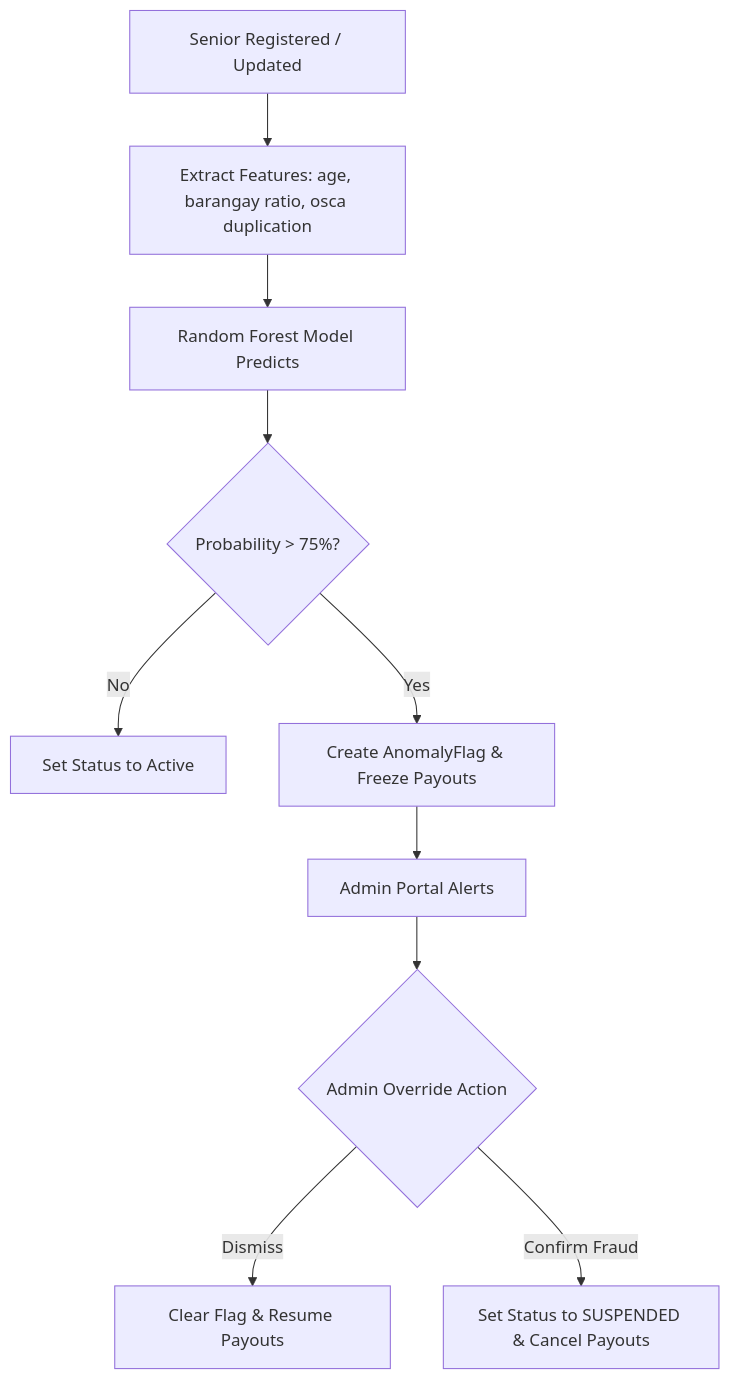
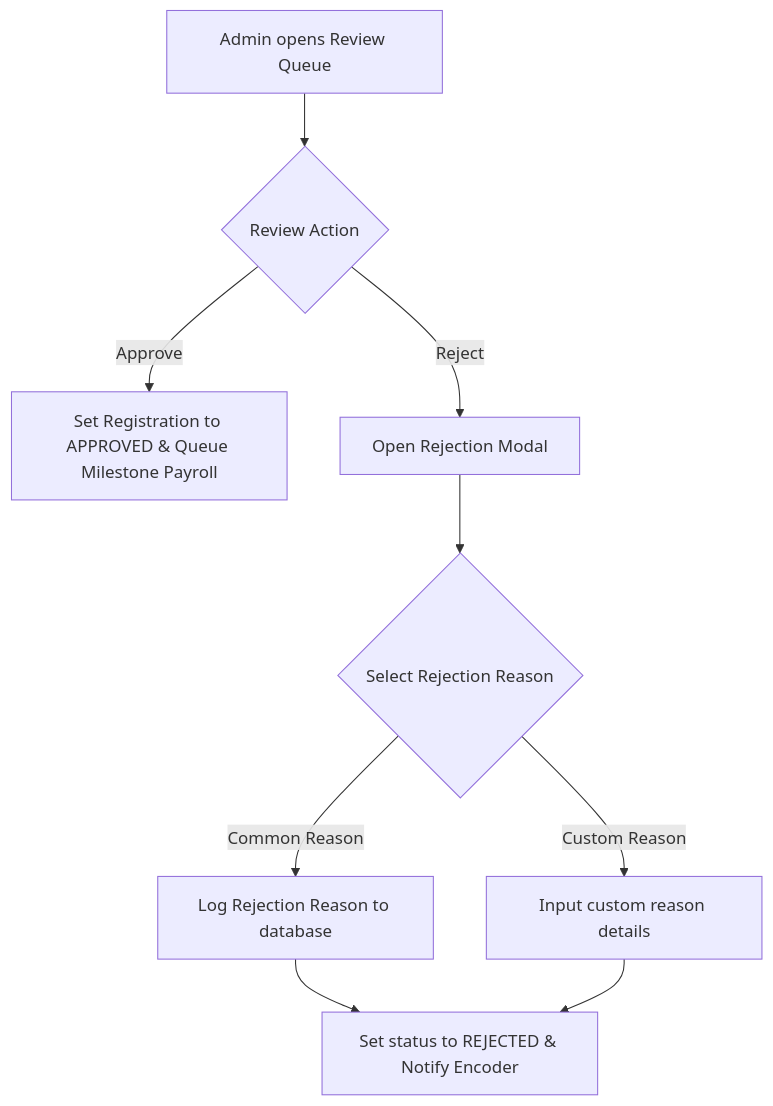
One commit to khiroez/CENTENARYO changed the sixth of 6 diagrams in CAPSTONE_CHAPTERS_1_3.md. Above: the diagram before and after it, drawn with Mermaid. The commit also changed other lines of this file, not shown here.

````diff
--- a/CAPSTONE_CHAPTERS_1_3.md
+++ b/CAPSTONE_CHAPTERS_1_3.md
@@ -208,12 +229,11 @@
 ```mermaid
 graph TD
-    Register[Senior Registered / Updated] --> Feature[Extract Features: age, barangay ratio, osca duplication]
-    Feature --> Predict[Random Forest Model Predicts]
-    Predict --> Suspicious{Probability > 75%?}
-    Suspicious -- No --> Active[Set Status to Active]
-    Suspicious -- Yes --> Flag[Create AnomalyFlag & Freeze Payouts]
-    Flag --> Admin[Admin Portal Alerts]
-    Admin --> Resolve{Admin Override Action}
-    Resolve -- Dismiss --> Unfreeze[Clear Flag & Resume Payouts]
-    Resolve -- Confirm Fraud --> Suspend[Set Status to SUSPENDED & Cancel Payouts]
+    A[Admin opens Review Queue] --> B{Review Action}
+    B -- Approve --> C[Set Registration to APPROVED & Queue Milestone Payroll]
+    B -- Reject --> D[Open Rejection Modal]
+    D --> E{Select Rejection Reason}
+    E -- Common Reason --> F[Log Rejection Reason to database]
+    E -- Custom Reason --> G[Input custom reason details]
+    F --> H[Set status to REJECTED & Notify Encoder]
+    G --> H
 ```
````
